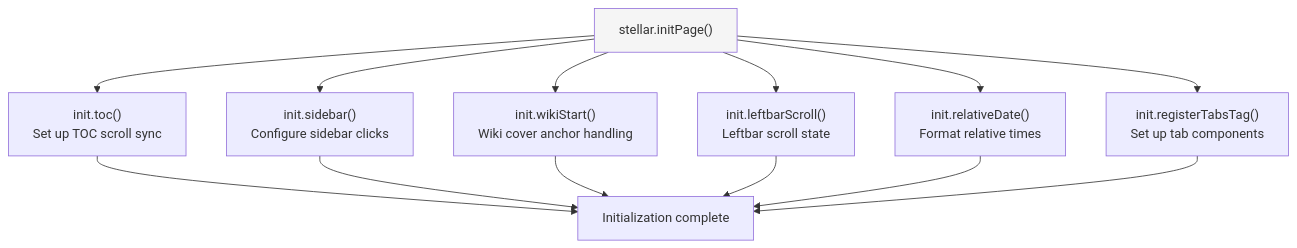
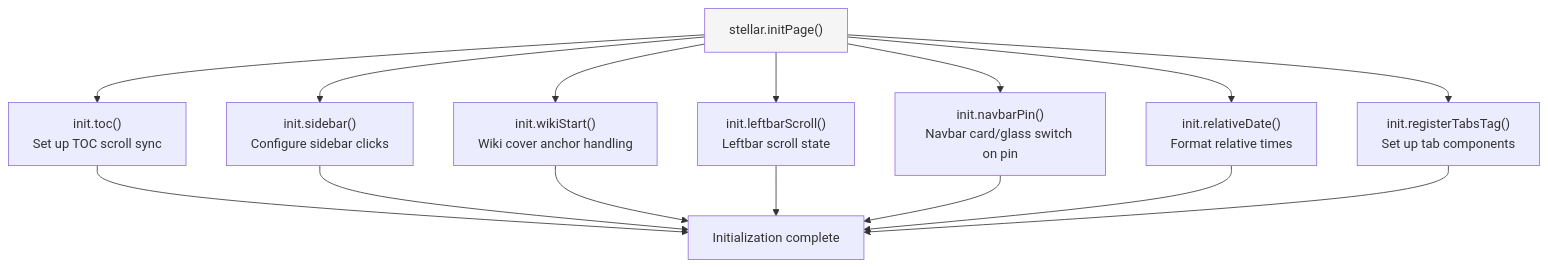
One commit to xaoxuu/hexo-theme-stellar changed the second of 4 diagrams in docs/knowledge/05-前端交互/client-side-overview.md. Above: the diagram before and after it, drawn with Mermaid. The commit also changed other lines of this file and 8 other files, not shown here.

````diff
--- a/docs/knowledge/05-前端交互/client-side-overview.md
+++ b/docs/knowledge/05-前端交互/client-side-overview.md
@@ -137,20 +145,22 @@
 ```mermaid
 flowchart TD
     initPage["stellar.initPage()"]
     
     initPage --> tocInit["init.toc()<br/>Set up TOC scroll sync"]
     initPage --> sidebarInit["init.sidebar()<br/>Configure sidebar clicks"]
     initPage --> wikiStart["init.wikiStart()<br/>Wiki cover anchor handling"]
     initPage --> leftbarScroll["init.leftbarScroll()<br/>Leftbar scroll state"]
+    initPage --> navbarPin["init.navbarPin()<br/>Navbar card/glass switch on pin"]
     initPage --> dateInit["init.relativeDate()<br/>Format relative times"]
     initPage --> tabsInit["init.registerTabsTag()<br/>Set up tab components"]
     
     tocInit --> complete["Initialization complete"]
     sidebarInit --> complete
     wikiStart --> complete
     leftbarScroll --> complete
+    navbarPin --> complete
     dateInit --> complete
     tabsInit --> complete
     
     style initPage fill:#f5f5f5
 ```
````
